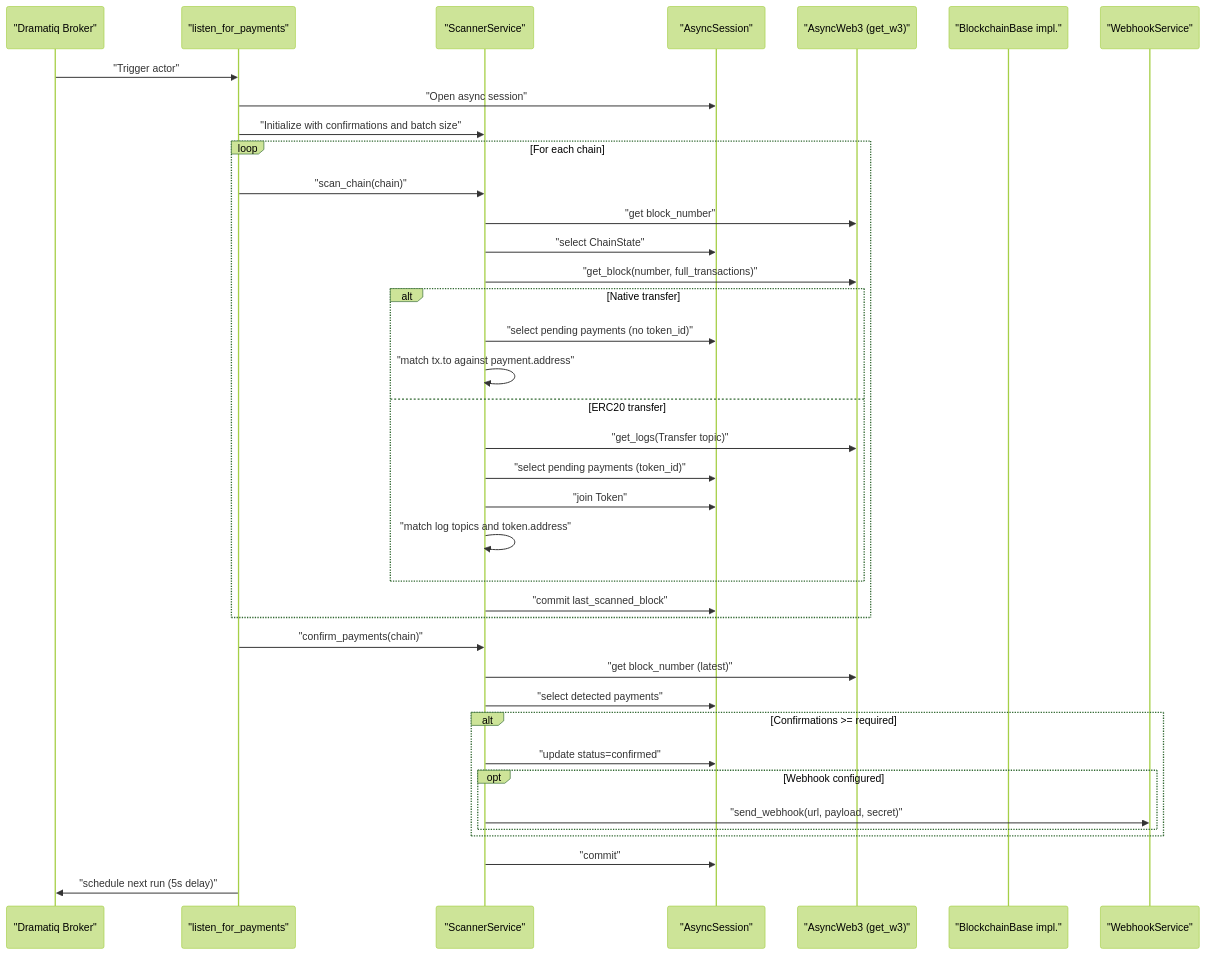
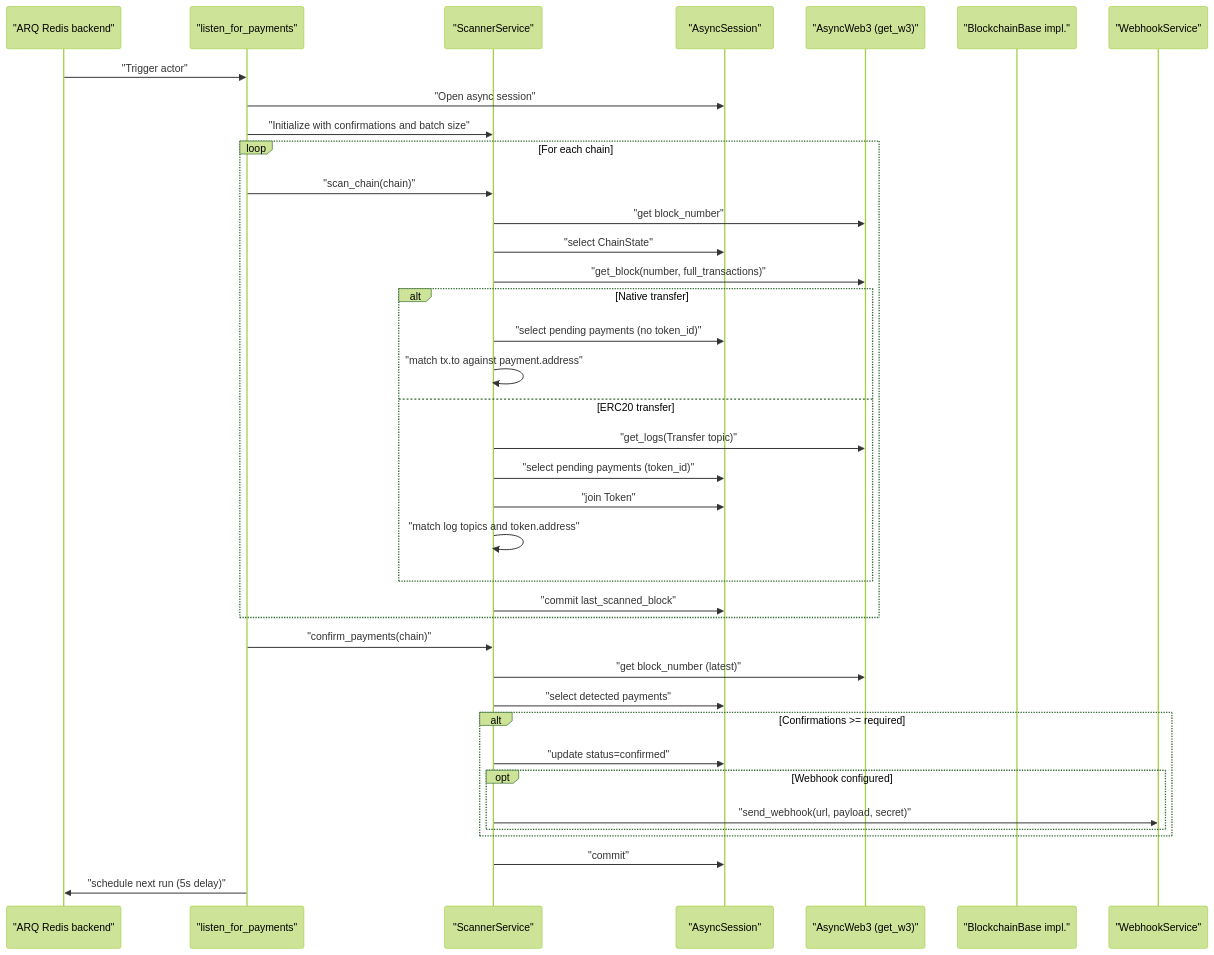
Before and after one commit to rakibhossain72/ctrip-docs: the second of 4 diagrams in docs/background-processing/listener-worker.md, drawn with Mermaid (forest theme). The commit also changed other lines of this file and 25 other files, not shown here.

First line of the commit message:
docs: Update documentation to reflect ARQ task migration from Dramatiq

````diff
--- a/docs/background-processing/listener-worker.md
+++ b/docs/background-processing/listener-worker.md
@@ -148,40 +154,40 @@
 ```mermaid
 sequenceDiagram
-participant Broker as "Dramatiq Broker"
+participant Broker as "ARQ Redis backend"
 participant Listener as "listen_for_payments"
 participant Scanner as "ScannerService"
 participant DB as "AsyncSession"
 participant W3 as "AsyncWeb3 (get_w3)"
 participant Chain as "BlockchainBase impl."
 participant WH as "WebhookService"
 Broker->>Listener : "Trigger actor"
 Listener->>DB : "Open async session"
 Listener->>Scanner : "Initialize with confirmations and batch size"
 loop For each chain
 Listener->>Scanner : "scan_chain(chain)"
 Scanner->>W3 : "get block_number"
 Scanner->>DB : "select ChainState"
 Scanner->>W3 : "get_block(number, full_transactions)"
 alt Native transfer
 Scanner->>DB : "select pending payments (no token_id)"
 Scanner->>Scanner : "match tx.to against payment.address"
 else ERC20 transfer
 Scanner->>W3 : "get_logs(Transfer topic)"
 Scanner->>DB : "select pending payments (token_id)"
 Scanner->>DB : "join Token"
 Scanner->>Scanner : "match log topics and token.address"
 end
 Scanner->>DB : "commit last_scanned_block"
 end
 Listener->>Scanner : "confirm_payments(chain)"
 Scanner->>W3 : "get block_number (latest)"
 Scanner->>DB : "select detected payments"
 alt Confirmations >= required
 Scanner->>DB : "update status=confirmed"
 opt Webhook configured
 Scanner->>WH : "send_webhook(url, payload, secret)"
 end
 end
 Scanner->>DB : "commit"
 Listener->>Broker : "schedule next run (5s delay)"
 ```
````
